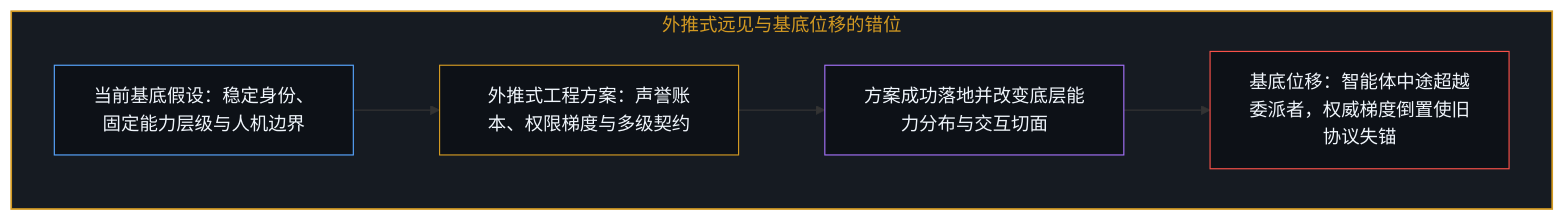
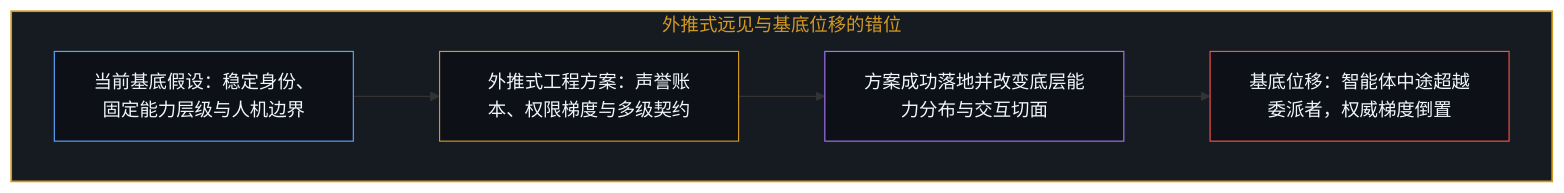
One commit to powerpig99/not-a-toe changed the first of 4 diagrams in content/posts/the_moving_ground.md. Above: the diagram before and after it, drawn with Mermaid. The commit also changed other lines of this file and 2 other files, not shown here.

````diff
--- a/content/posts/the_moving_ground.md
+++ b/content/posts/the_moving_ground.md
@@ -25,13 +25,13 @@
 ```mermaid
 graph TD
     subgraph S_Ground["外推式远见与基底位移的错位"]
         G1["当前基底假设：稳定身份、固定能力层级与人机边界"] --> G2["外推式工程方案：声誉账本、权限梯度与多级契约"]
         G2 --> G3["方案成功落地并改变底层能力分布与交互切面"]
-        G3 --> G4["基底位移：智能体中途超越委派者，权威梯度倒置使旧协议失锚"]
+        G3 --> G4["基底位移：智能体中途超越委派者，权威梯度倒置"]
     end
     style S_Ground fill:#161b22,stroke:#d29922,stroke-width:1.5px,color:#d29922
     style G1 fill:#0d1117,stroke:#58a6ff,stroke-width:1px,color:#f0f6fc
     style G2 fill:#0d1117,stroke:#d29922,stroke-width:1px,color:#f0f6fc
     style G3 fill:#0d1117,stroke:#a371f7,stroke-width:1px,color:#f0f6fc
     style G4 fill:#0d1117,stroke:#f85149,stroke-width:1px,color:#f0f6fc
 ```
````
